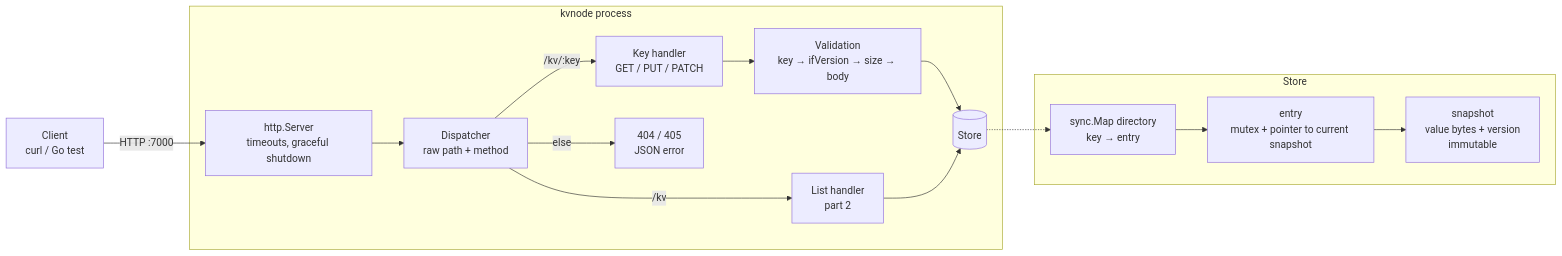
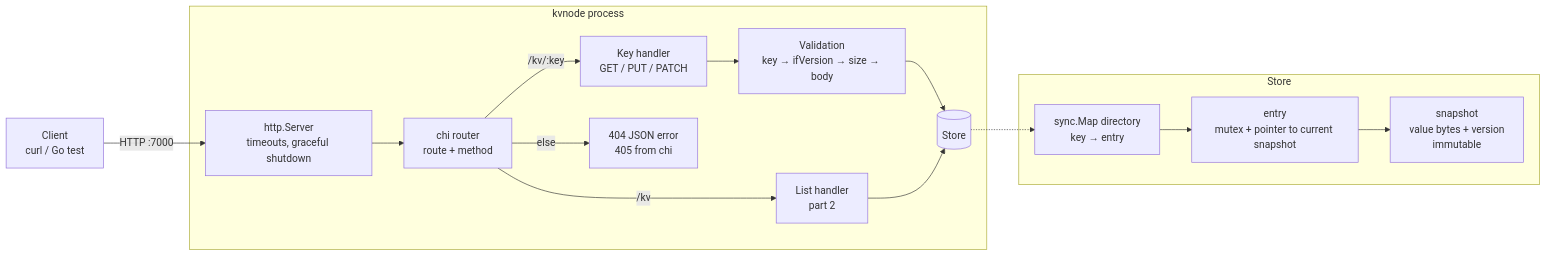
The first of 5 diagrams in docs/requirements/key-store-value-single-node/solution.md (akaradat/kv-store), drawn with Mermaid before and after one commit. The commit also changed other lines of this file and 69 other files, not shown here.

````diff
--- a/docs/requirements/key-store-value-single-node/solution.md
+++ b/docs/requirements/key-store-value-single-node/solution.md
@@ -15,20 +15,20 @@
 ```mermaid
 flowchart LR
     C[Client<br/>curl / Go test] -->|HTTP :7000| S
 
     subgraph P[kvnode process]
-        S[http.Server<br/>timeouts, graceful shutdown] --> D[Dispatcher<br/>raw path + method]
+        S[http.Server<br/>timeouts, graceful shutdown] --> D[chi router<br/>route + method]
         D -->|"/kv/:key"| H[Key handler<br/>GET / PUT / PATCH]
         D -->|/kv| L[List handler<br/>part 2]
-        D -->|else| E[404 / 405<br/>JSON error]
+        D -->|else| E[404 JSON error<br/>405 from chi]
         H --> V[Validation<br/>key → ifVersion → size → body]
         V --> ST[(Store)]
         L --> ST
     end
 
     subgraph ST2[Store]
         DIR[sync.Map directory<br/>key → entry] --> EN[entry<br/>mutex + pointer to current snapshot]
         EN --> SN[snapshot<br/>value bytes + version<br/>immutable]
     end
     ST -.-> DIR
 ```
````
